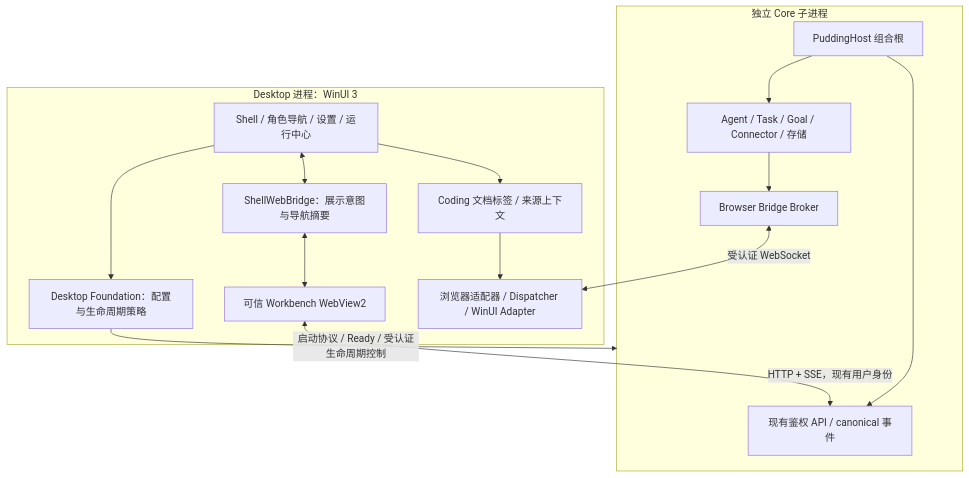
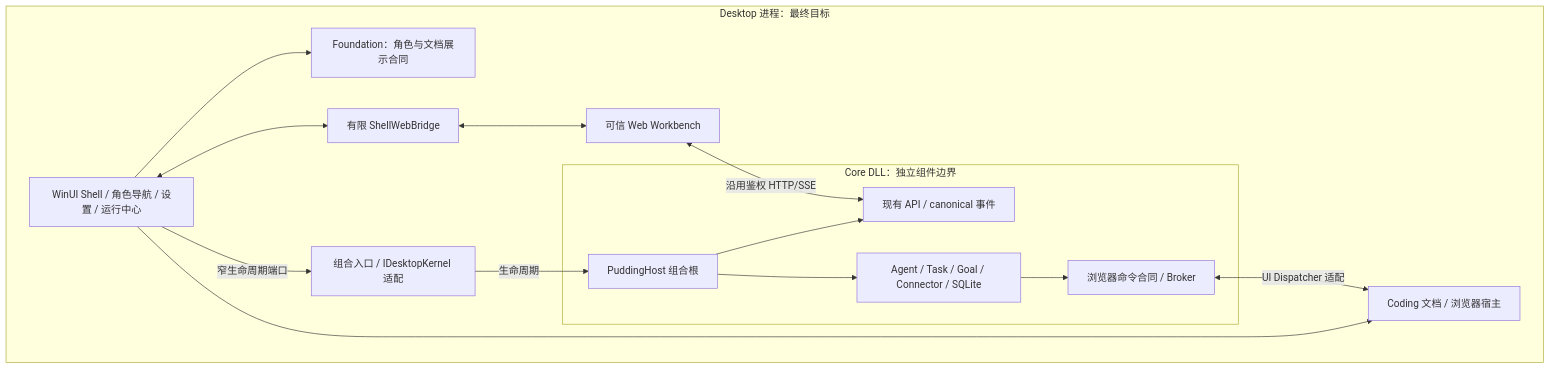
The diagram in Docs/Features/Desktop-WinUI3-Migration-Plan-2026-09-26.md (PuddingAgent/PuddingAgent), drawn with Mermaid before and after one commit. The commit also changed other lines of this file and 146 other files, not shown here.

Commit message:
feat(desktop): rebuild WinUI shell in place with native materials

````diff
--- a/Docs/Features/Desktop-WinUI3-Migration-Plan-2026-09-26.md
+++ b/Docs/Features/Desktop-WinUI3-Migration-Plan-2026-09-26.md
@@ -116,28 +116,28 @@
 ```mermaid
 flowchart TB
-  subgraph Desktop[Desktop 进程：WinUI 3]
-    Shell[Shell / 角色导航 / 设置 / 运行中心]
-    Foundation[Desktop Foundation：配置与生命周期策略]
-    Workbench[可信 Workbench WebView2]
-    WebBridge[ShellWebBridge：展示意图与导航摘要]
-    Documents[Coding 文档标签 / 来源上下文]
-    Browser[浏览器适配器 / Dispatcher / WinUI Adapter]
+  subgraph Desktop[Desktop 进程：最终目标]
+    Shell[WinUI Shell / 角色导航 / 设置 / 运行中心]
+    Foundation[Foundation：角色与文档展示合同]
+    Composition[组合入口 / IDesktopKernel 适配]
+    Workbench[可信 Web Workbench]
+    WebBridge[有限 ShellWebBridge]
+    Documents[Coding 文档 / 浏览器宿主]
+    subgraph Kernel[Core DLL：独立组件边界]
+      Host[PuddingHost 组合根]
+      API[现有 API / canonical 事件]
+      Runtime[Agent / Task / Goal / Connector / SQLite]
+      BrowserPort[浏览器命令合同 / Broker]
+      Host --> API
+      Host --> Runtime
+      Runtime --> BrowserPort
+    end
     Shell --> Foundation
+    Composition -->|生命周期| Host
+    Shell -->|窄生命周期端口| Composition
     Shell <--> WebBridge
     WebBridge <--> Workbench
+    Workbench <-->|沿用鉴权 HTTP/SSE| API
     Shell --> Documents
-    Documents --> Browser
+    BrowserPort <-->|UI Dispatcher 适配| Documents
   end
-  subgraph Core[独立 Core 子进程]
-    API[现有鉴权 API / canonical 事件]
-    Host[PuddingHost 组合根]
-    Runtime[Agent / Task / Goal / Connector / 存储]
-    Broker[Browser Bridge Broker]
-    Host --> API
-    Host --> Runtime
-    Runtime --> Broker
-  end
-  Foundation -->|启动协议 / Ready / 受认证生命周期控制| Core
-  Workbench <-->|HTTP + SSE，现有用户身份| API
-  Broker <-->|受认证 WebSocket| Browser
 ```
````
